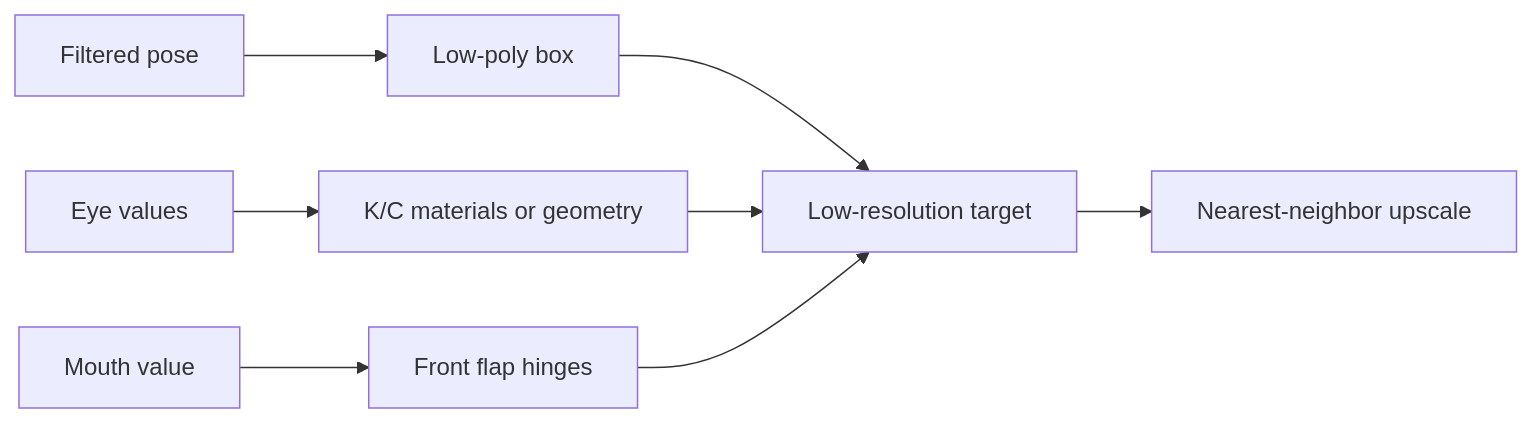
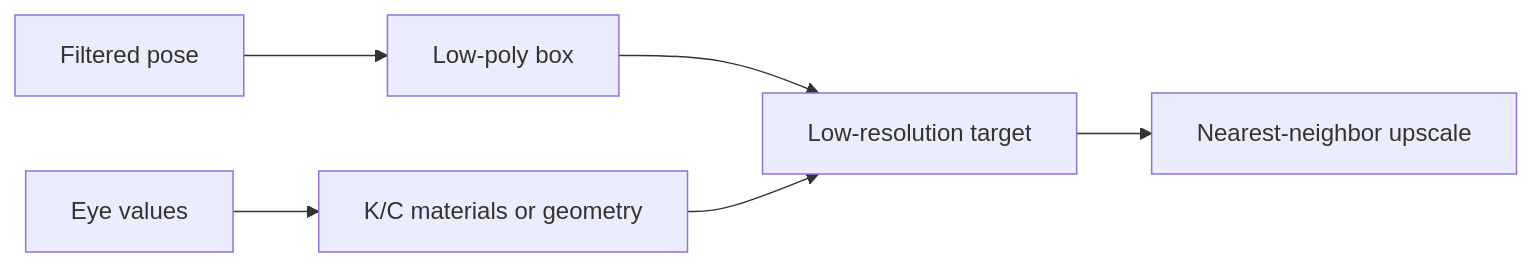
One commit to Zanark/KardboardCode-VTuber changed the third of 3 diagrams in docs/08-roadmap/README.md. Above: the diagram before and after it, drawn with Mermaid. The commit also changed other lines of this file and 5 other files, not shown here.

First line of the commit message:
Defer mouth flap rendering

````diff
--- a/docs/08-roadmap/README.md
+++ b/docs/08-roadmap/README.md
@@ -68,10 +68,8 @@
 ```mermaid
 flowchart LR
     Pose["Filtered pose"] --> Geometry["Low-poly box"]
     Eyes["Eye values"] --> KC["K/C materials or geometry"]
-    Mouth["Mouth value"] --> Flaps["Front flap hinges"]
     Geometry --> LowRes["Low-resolution target"]
     KC --> LowRes
-    Flaps --> LowRes
     LowRes --> Pixel["Nearest-neighbor upscale"]
 ```
````
